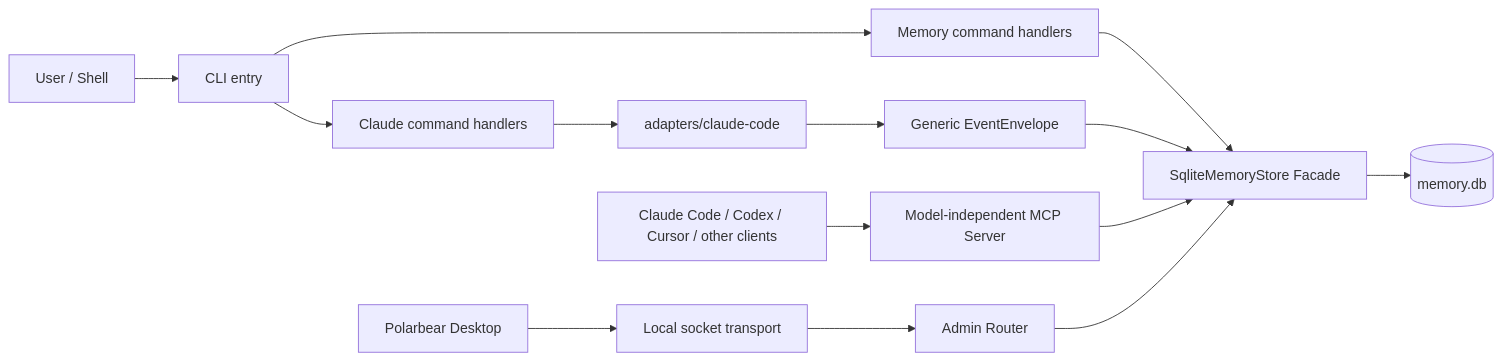
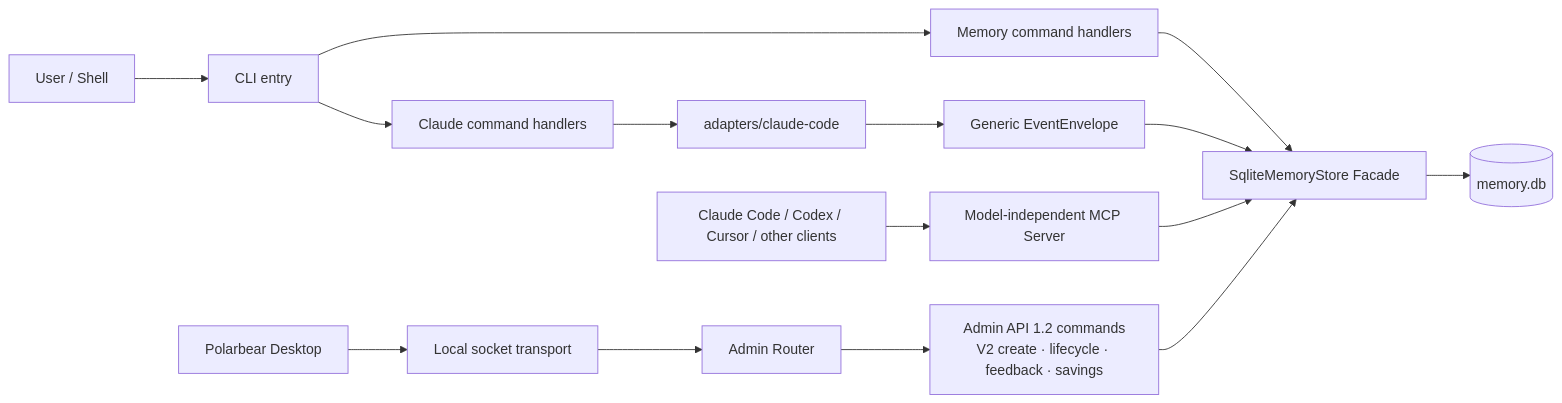
The second of 5 diagrams in docs/TRD_UML_DESIGN.md (smartscity/polarbear-memory), drawn with Mermaid before and after one commit. The commit also changed 8 other files, not shown here.

Commit message:
- memory Refactoring - Admin API 1.2

````diff
--- a/docs/TRD_UML_DESIGN.md
+++ b/docs/TRD_UML_DESIGN.md
@@ -148,18 +148,19 @@
 ```mermaid
 flowchart LR
   User["User / Shell"] --> CLI["CLI entry"]
   CLI --> MemoryCommands["Memory command handlers"]
   CLI --> ClaudeCommands["Claude command handlers"]
   ClaudeCommands --> ClaudeAdapter["adapters/claude-code"]
   ClaudeAdapter --> EventEnvelope["Generic EventEnvelope"]
 
   Agents["Claude Code / Codex / Cursor / other clients"] --> MCP["Model-independent MCP Server"]
   Desktop["Polarbear Desktop"] --> Socket["Local socket transport"]
   Socket --> AdminRouter["Admin Router"]
+  AdminRouter --> AdminCommands["Admin API 1.2 commands\nV2 create · lifecycle · feedback · savings"]
 
   MemoryCommands --> Facade["SqliteMemoryStore Facade"]
   EventEnvelope --> Facade
   MCP --> Facade
-  AdminRouter --> Facade
+  AdminCommands --> Facade
   Facade --> DB[("memory.db")]
 ```
````
